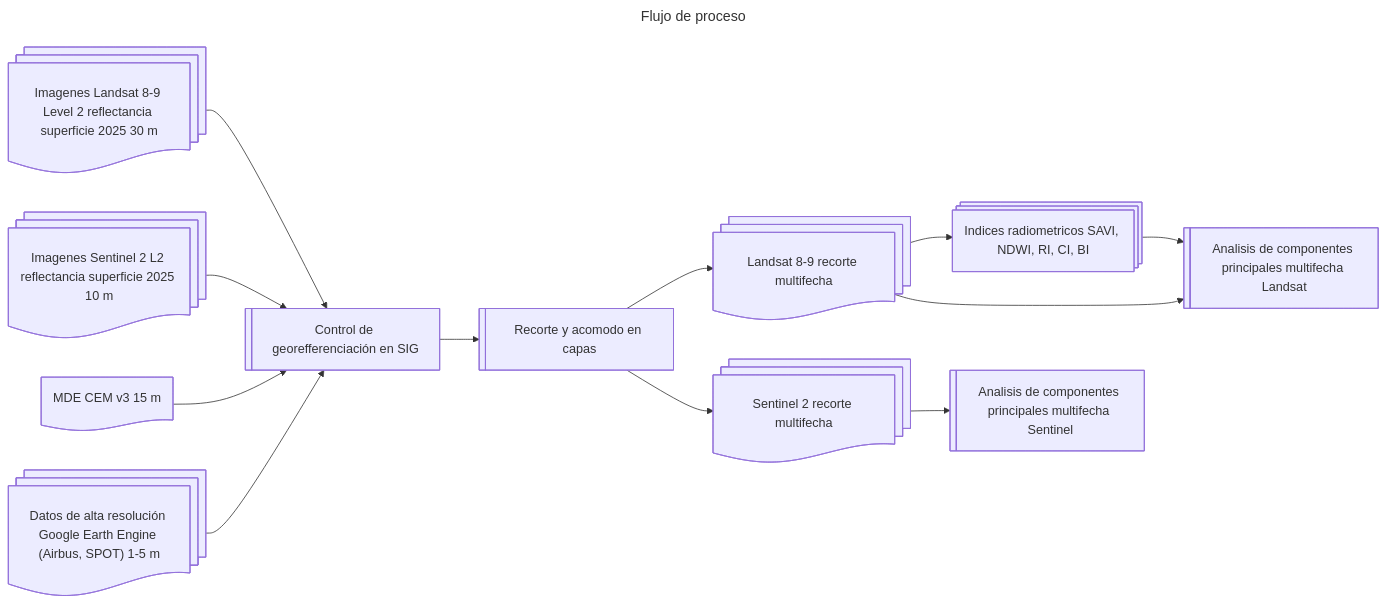
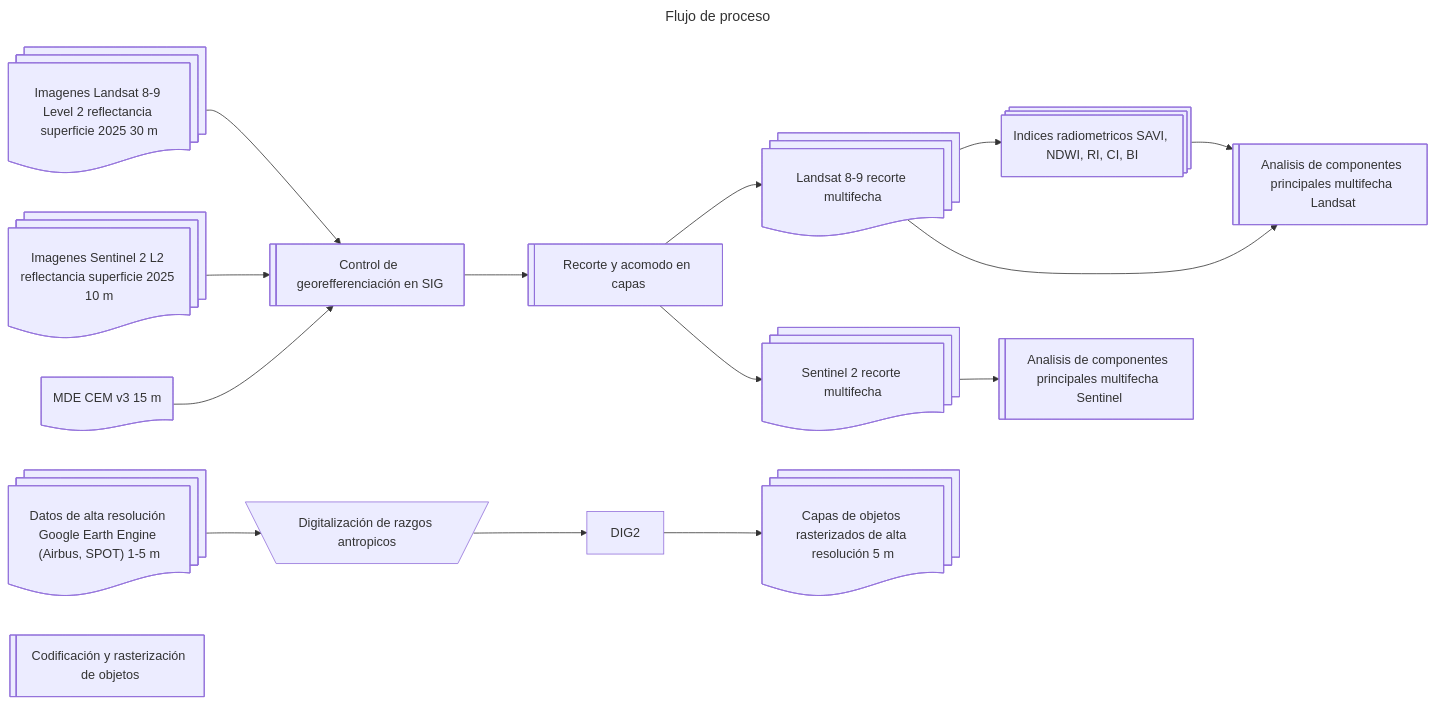
The diagram in LULC/Tapalpa_flujo_de_proceso.mermaid (vshalisko/mixed_GIS_related_scripts), drawn with Mermaid before and after one commit.

```diff
--- a/LULC/Tapalpa_flujo_de_proceso.mermaid
+++ b/LULC/Tapalpa_flujo_de_proceso.mermaid
@@ -1,27 +1,34 @@
 ---
 title: Flujo de proceso
 ---
 flowchart LR
     L8@{ shape: docs, label: "Imagenes Landsat 8-9 Level 2 reflectancia superficie 2025 30 m"}
     S2@{ shape: docs, label: "Imagenes Sentinel 2 L2 reflectancia superficie 2025 10 m"}
     HR@{ shape: docs, label: "Datos de alta resolución Google Earth Engine (Airbus, SPOT) 1-5 m"}
     MDE@{ shape: doc, label: "MDE CEM v3 15 m"}
     SIG@{ shape: lin-rect, label: "Control de georefferenciación en SIG"}
     CLIP@{ shape: lin-rect, label: "Recorte y acomodo en capas"}
     SAVI@{ shape: procs, label: "Indices radiometricos SAVI, NDWI, RI, CI, BI"}
     PCA1@{ shape: lin-rect, label: "Analisis de componentes principales multifecha Landsat"}
     PCA2@{ shape: lin-rect, label: "Analisis de componentes principales multifecha Sentinel"}
     L8C@{ shape: docs, label: "Landsat 8-9 recorte multifecha"}
     S2C@{ shape: docs, label: "Sentinel 2 recorte multifecha"}
+    DIG@{ shape: trap-t, label: "Digitalización de razgos antropicos"}
+    DIGR@{ shape: lin-rect, label: "Codificación y rasterización de objetos"}
+    HRR@{ shape: docs, label: "Capas de objetos rasterizados de alta resolución 5 m"}
 
     L8-->SIG
     S2-->SIG
     MDE-->SIG
-    HR-->SIG
+    
     SIG-->CLIP
     CLIP-->L8C
     CLIP-->S2C
     L8C-->SAVI
     SAVI-->PCA1
     L8C-->PCA1
     S2C-->PCA2
+
+    HR-->DIG
+    DIG-->DIG2
+    DIG2-->HRR
```
